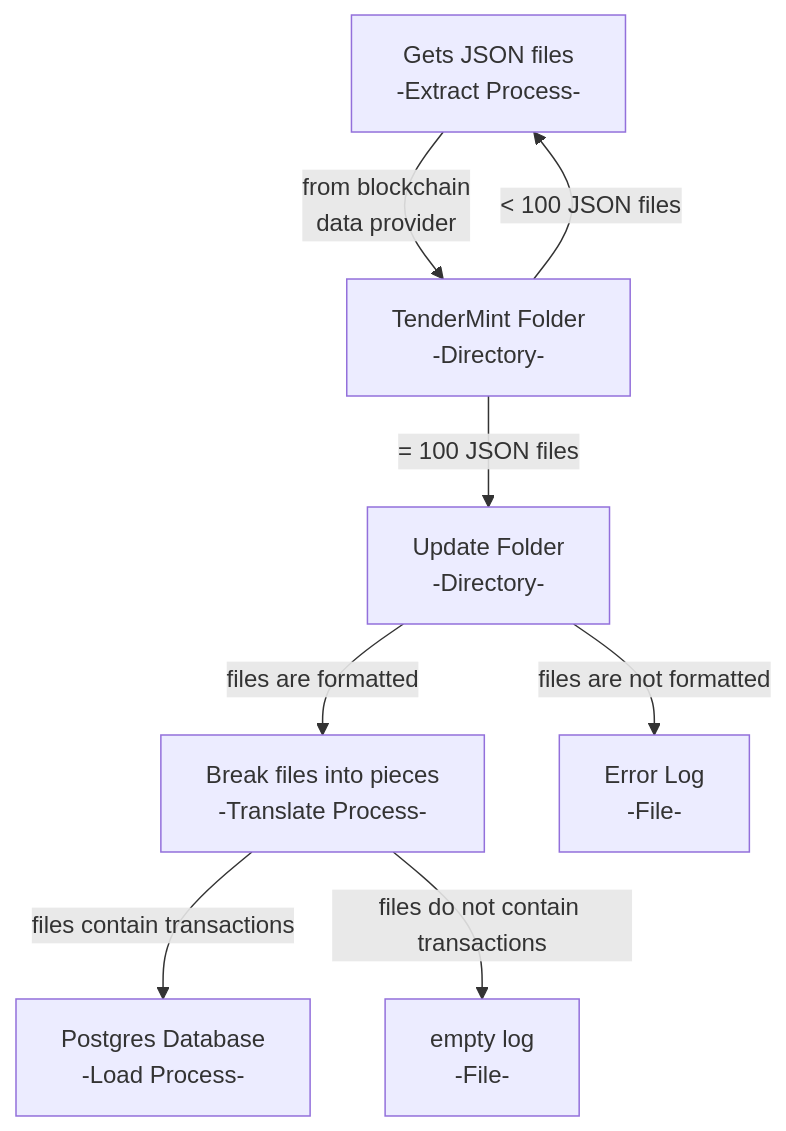
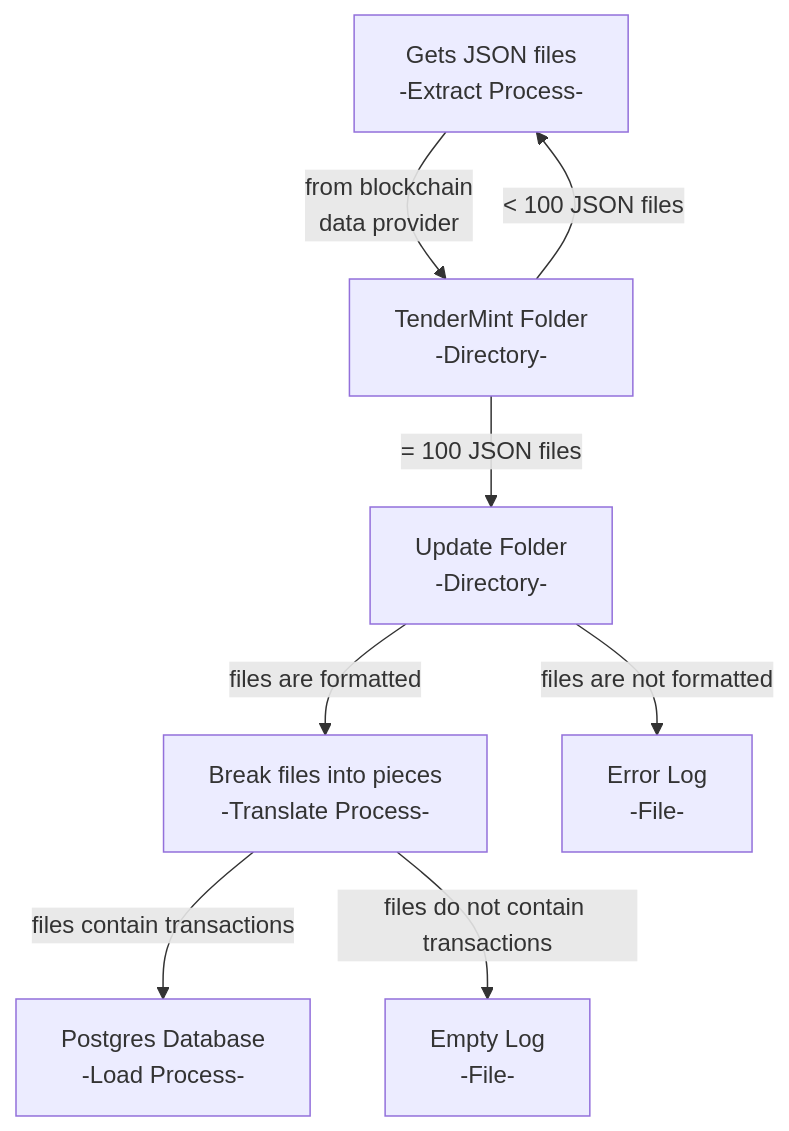
The diagram in README.md (patmcfarland/one), drawn with Mermaid before and after one commit.

````diff
--- a/README.md
+++ b/README.md
@@ -1,16 +1,16 @@
 ```mermaid
 flowchart TD
 A[Gets JSON files<br>-Extract Process-]
 A -- from blockchain<br>data provider --> B
 B[TenderMint Folder<br>-Directory-]
 B -- = 100 JSON files --> C[Update Folder<br>-Directory-]
 B -- < 100 JSON files --> A
 C -- files are formatted --> D
 D[Break files into pieces<br>-Translate Process-]
 C -- files are not formatted --> E
 E[Error Log<br>-File-]
 F[Postgres Database<br>-Load Process-]
 D -- files contain transactions --> F
 D -- files do not contain transactions --> G
-G[empty log<br>-File-]
+G[Empty Log<br>-File-]
 ```
````
